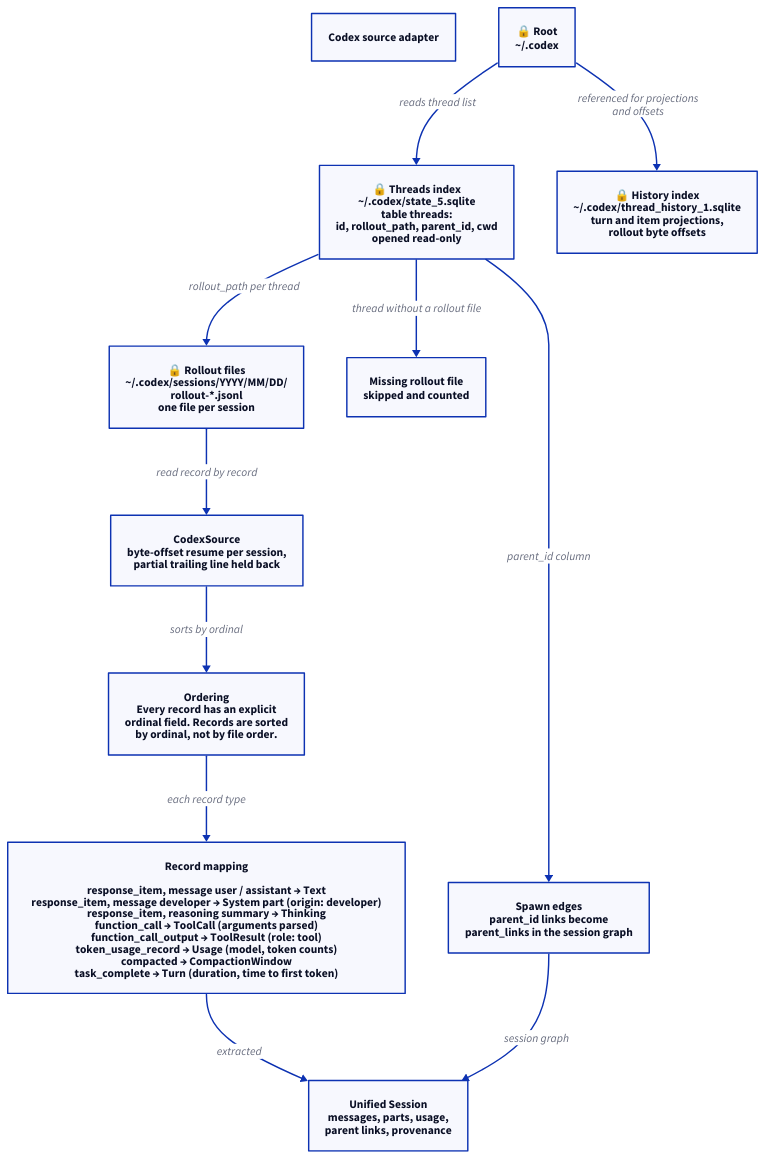
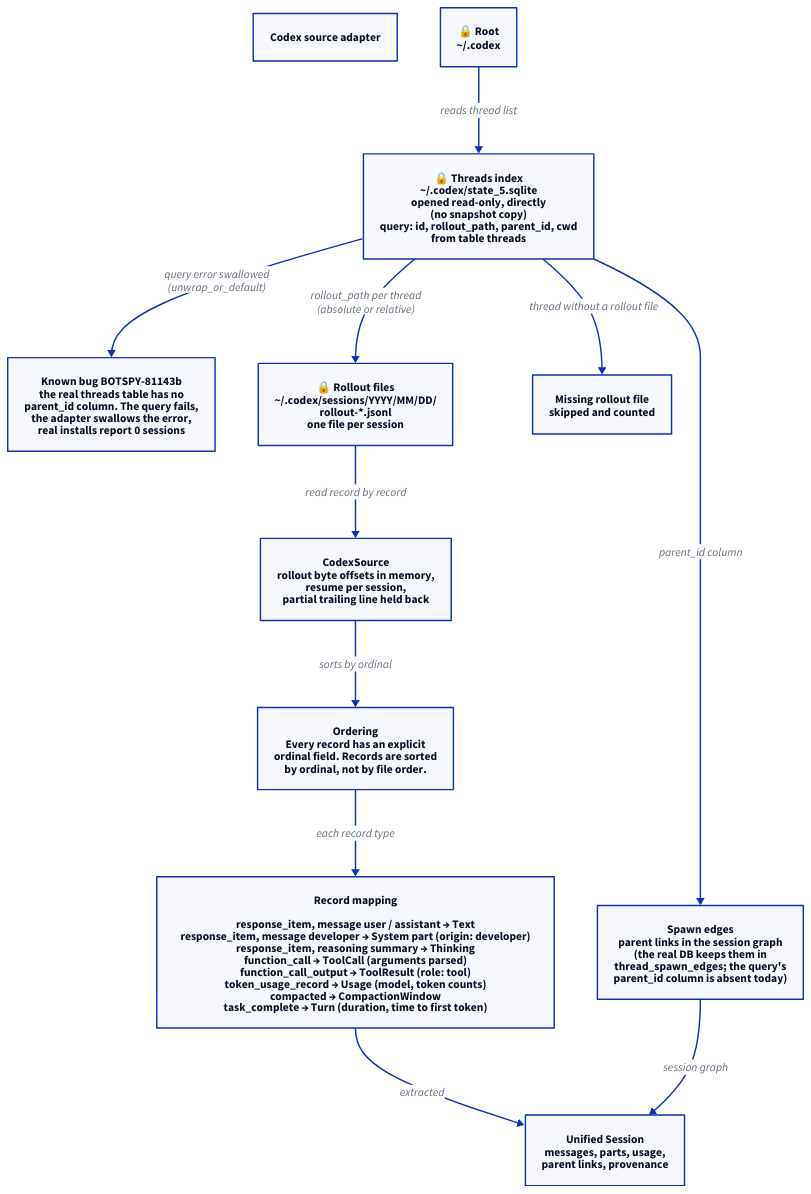
The diagram in docs/diagrams/codex.d2 (AnthusAI/BotSpy), drawn with D2 before and after one commit. The commit also changed 8 other files, not shown here.

First line of the commit message:
docs: align cli.md and the Codex docs with the code (BOTSPY-087ee0)

```diff
--- a/docs/diagrams/codex.d2
+++ b/docs/diagrams/codex.d2
@@ -1,62 +1,62 @@
 title: Codex source adapter
 
 root: {
   label: "🔒 Root\n~/.codex"
   class: sensitive
 }
 
 index: {
-  label: "🔒 Threads index\n~/.codex/state_5.sqlite\ntable threads:\nid, rollout_path, parent_id, cwd\nopened read-only"
+  label: "🔒 Threads index\n~/.codex/state_5.sqlite\nopened read-only, directly\n(no snapshot copy)\nquery: id, rollout_path, parent_id, cwd\nfrom table threads"
   class: sensitive
 }
 
-history: {
-  label: "🔒 History index\n~/.codex/thread_history_1.sqlite\nturn and item projections,\nrollout byte offsets"
-  class: sensitive
+bug: {
+  label: "Known bug BOTSPY-81143b\nthe real threads table has no\nparent_id column. The query fails,\nthe adapter swallows the error,\nreal installs report 0 sessions"
+  class: tool
 }
 
 rollouts: {
   label: "🔒 Rollout files\n~/.codex/sessions/YYYY/MM/DD/\nrollout-*.jsonl\none file per session"
   class: sensitive
 }
 
 missing: {
   label: "Missing rollout file\nskipped and counted"
   class: tool
 }
 
 parents: {
-  label: "Spawn edges\nparent_id links become\nparent_links in the session graph"
+  label: "Spawn edges\nparent links in the session graph\n(the real DB keeps them in\nthread_spawn_edges; the query's\nparent_id column is absent today)"
   class: tool
 }
 
 adapter: {
-  label: "CodexSource\nbyte-offset resume per session,\npartial trailing line held back"
+  label: "CodexSource\nrollout byte offsets in memory,\nresume per session,\npartial trailing line held back"
   class: tool
 }
 
 ordering: {
   label: "Ordering\nEvery record has an explicit\nordinal field. Records are sorted\nby ordinal, not by file order."
   class: tool
 }
 
 mapping: {
   label: "Record mapping\n\nresponse_item, message user / assistant → Text\nresponse_item, message developer       → System part (origin: developer)\nresponse_item, reasoning summary       → Thinking\nfunction_call                          → ToolCall (arguments parsed)\nfunction_call_output                   → ToolResult (role: tool)\ntoken_usage_record                     → Usage (model, token counts)\ncompacted                              → CompactionWindow\ntask_complete                         → Turn (duration, time to first token)"
   class: tool
 }
 
 session: {
   label: "Unified Session\nmessages, parts, usage,\nparent links, provenance"
   class: tool
 }
 
 root -> index: "reads thread list"
-index -> rollouts: "rollout_path per thread"
+index -> rollouts: "rollout_path per thread\n(absolute or relative)"
 rollouts -> adapter: "read record by record"
 index -> missing: "thread without a rollout file"
-root -> history: "referenced for projections\nand offsets"
+index -> bug: "query error swallowed\n(unwrap_or_default)"
 adapter -> ordering: "sorts by ordinal"
 ordering -> mapping: "each record type"
 mapping -> session: "extracted"
 index -> parents: "parent_id column"
 parents -> session: "session graph"
```
